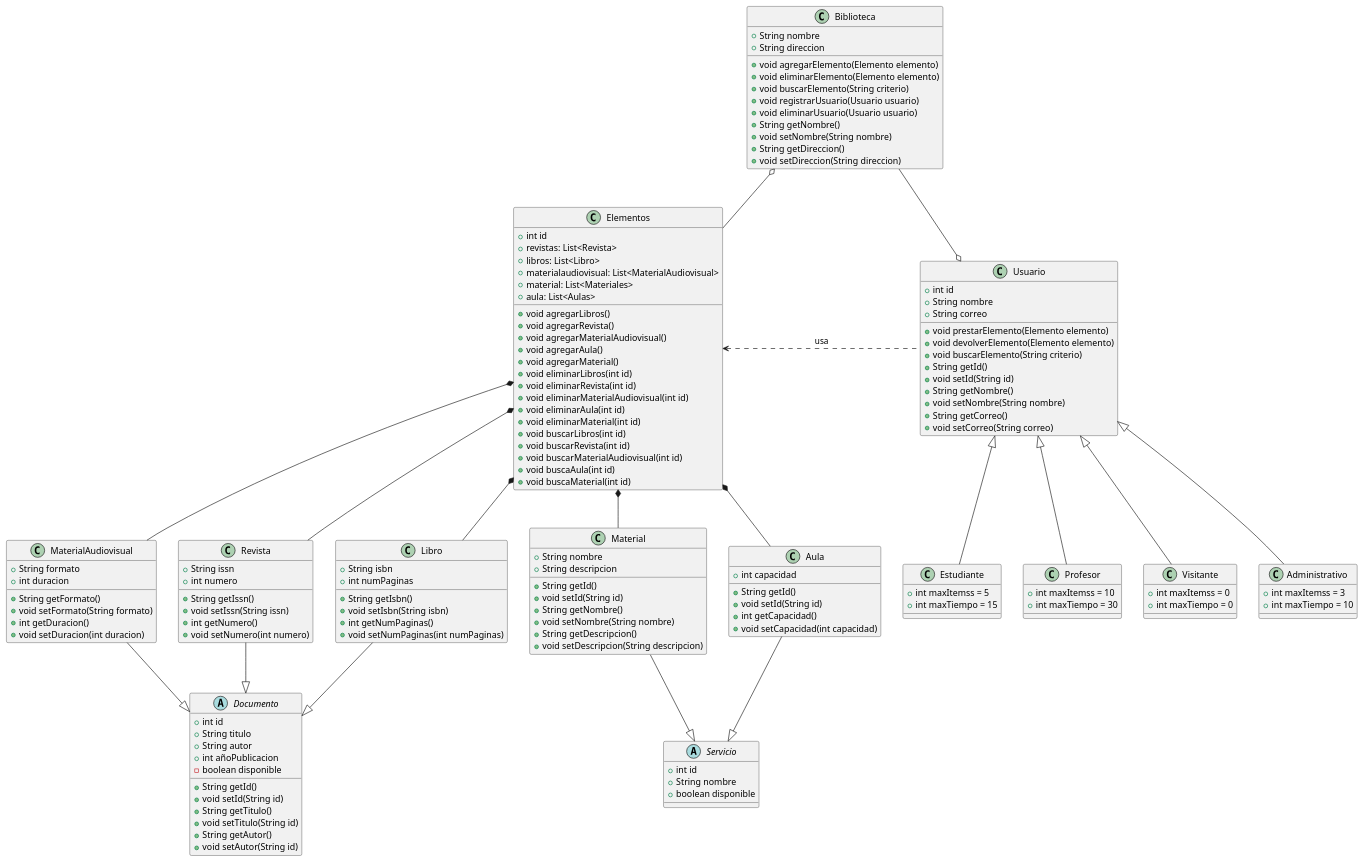
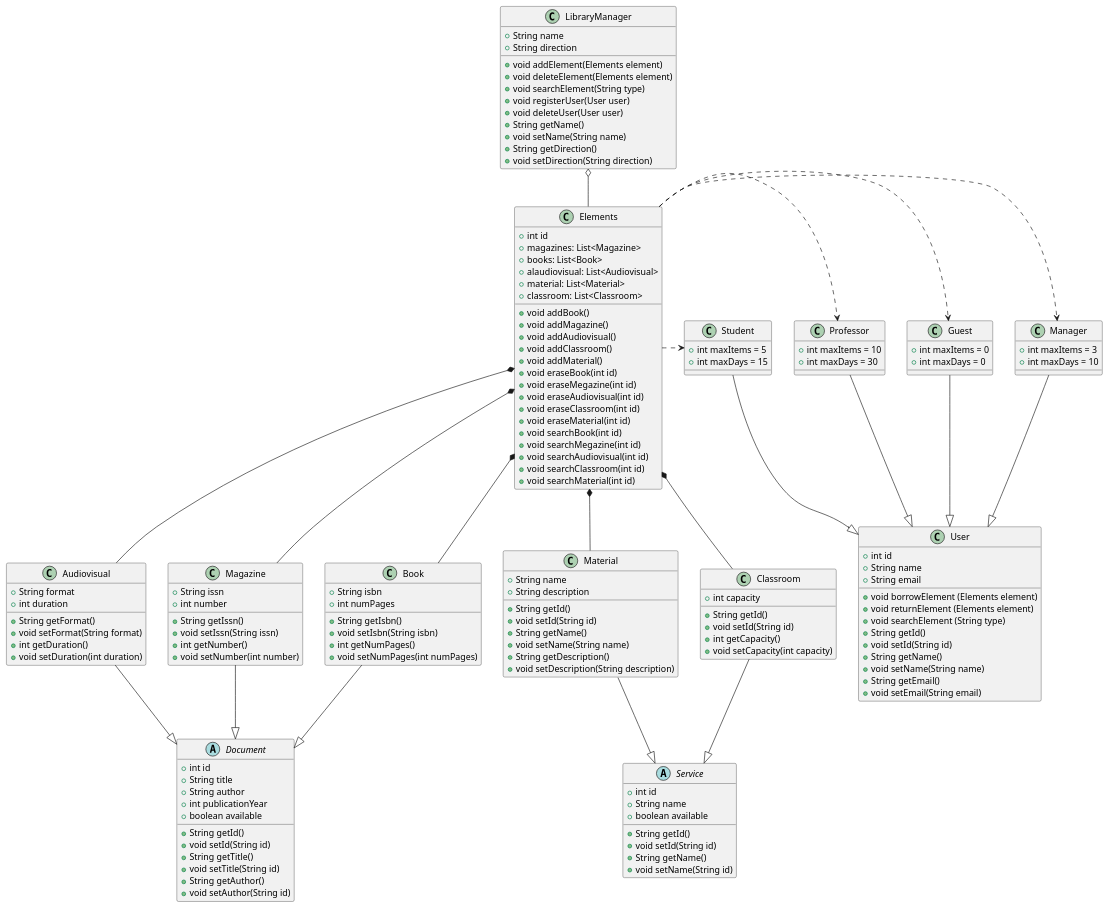
One commit to sara-patino/24-25-IdSw2-SDD changed the diagram in modelosUML/DiagramaDeClases.puml. Above: the diagram before and after it, drawn with PlantUML.

```diff
--- a/modelosUML/DiagramaDeClases.puml
+++ b/modelosUML/DiagramaDeClases.puml
@@ -1,161 +1,167 @@
 @startuml
 
-Biblioteca o-- Elementos
-Biblioteca --o Usuario
-Elementos <.right. Usuario : usa
-Elementos *-- Libro
-Elementos *-- Revista
-Elementos *-- Material
-Elementos *-- Aula
-Elementos *-- MaterialAudiovisual
-Servicio <|-up- Aula
-Servicio <|-up- Material
-Documento <|-up- Libro
-Documento <|-up- Revista
-Documento <|-up- MaterialAudiovisual
-Usuario <|-- Estudiante
-Usuario <|-- Profesor
-Usuario <|-- Visitante
-Usuario <|-- Administrativo
+LibraryManager o-- Elements
+Elements *-- Book
+Elements *-- Magazine
+Elements *-- Material
+Elements *-- Classroom
+Elements *-- Audiovisual
+Service <|-up- Classroom
+Service <|-up- Material
+Document <|-up- Book
+Document <|-up- Magazine
+Document <|-up- Audiovisual
+User <|-up- Student
+User <|-up- Professor
+User <|-up- Guest
+User <|-up- Manager
+Manager <.left. Elements
+Student <.left. Elements
+Professor <.left. Elements
+Guest <.left. Elements
 
 class Material {
-    +String nombre
-    +String descripcion
+    +String name
+    +String description
     +String getId()
     +void setId(String id)
-    +String getNombre()
-    +void setNombre(String nombre)
-    +String getDescripcion()
-    +void setDescripcion(String descripcion)
+    +String getName()
+    +void setName(String name)
+    +String getDescription()
+    +void setDescription(String description)
 }
 
-class Elementos {
+class Elements {
     +int id
-    +revistas: List<Revista> 
-    +libros: List<Libro> 
-    +materialaudiovisual: List<MaterialAudiovisual>
-    +material: List<Materiales>
-    +aula: List<Aulas>
-    +void agregarLibros()
-    +void agregarRevista()
-    +void agregarMaterialAudiovisual()
-    +void agregarAula()
-    +void agregarMaterial()
-    +void eliminarLibros(int id)
-    +void eliminarRevista(int id)
-    +void eliminarMaterialAudiovisual(int id)
-    +void eliminarAula(int id)
-    +void eliminarMaterial(int id)
-    +void buscarLibros(int id)
-    +void buscarRevista(int id)
-    +void buscarMaterialAudiovisual(int id)
-    +void buscaAula(int id)
-    +void buscaMaterial(int id)
+    +magazines: List<Magazine> 
+    +books: List<Book> 
+    +alaudiovisual: List<Audiovisual>
+    +material: List<Material>
+    +classroom: List<Classroom>
+    +void addBook()
+    +void addMagazine()
+    +void addAudiovisual()
+    +void addClassroom()
+    +void addMaterial()
+    +void eraseBook(int id)
+    +void eraseMegazine(int id)
+    +void eraseAudiovisual(int id)
+    +void eraseClassroom(int id)
+    +void eraseMaterial(int id)
+    +void searchBook(int id)
+    +void searchMegazine(int id)
+    +void searchAudiovisual(int id)
+    +void searchClassroom(int id)
+    +void searchMaterial(int id)
 }
 
-abstract class Documento {
+abstract class Document {
     +int id
-    +String titulo
-    +String autor
-    +int añoPublicacion
-    -boolean disponible
+    +String title
+    +String author
+    +int publicationYear
+    +boolean available
     +String getId()
     +void setId(String id)
-    +String getTitulo()
-    +void setTitulo(String id)
-    +String getAutor()
-    +void setAutor(String id)
+    +String getTitle()
+    +void setTitle(String id)
+    +String getAuthor()
+    +void setAuthor(String id)
     
 }
 
-class Usuario {
+class User {
     +int id
-    +String nombre
-    +String correo
-    +void prestarElemento(Elemento elemento)
-    +void devolverElemento(Elemento elemento)
-    +void buscarElemento(String criterio)
+    +String name
+    +String email
+    +void borrowElement (Elements element)
+    +void returnElement (Elements element)
+    +void searchElement (String type)
     +String getId()
     +void setId(String id)
-    +String getNombre()
-    +void setNombre(String nombre)
-    +String getCorreo()
-    +void setCorreo(String correo)
+    +String getName()
+    +void setName(String name)
+    +String getEmail()
+    +void setEmail(String email)
 }
 
-class Estudiante{
-  +int maxItemss = 5
-  +int maxTiempo = 15
+class Book {
+    +String isbn
+    +int numPages
+    +String getIsbn()
+    +void setIsbn(String isbn)
+    +int getNumPages()
+    +void setNumPages(int numPages)
 }
 
-class Profesor{
-  +int maxItemss = 10
-  +int maxTiempo = 30
+class Classroom {
+    +int capacity
+    +String getId()
+    +void setId(String id)
+    +int getCapacity()
+    +void setCapacity(int capacity)
 }
 
-class Administrativo{
-  +int maxItemss = 3
-  +int maxTiempo = 10
+abstract class Service {
+    +int id
+    +String name
+    +boolean available
+    +String getId()
+    +void setId(String id)
+    +String getName()
+    +void setName(String id)
 }
 
-class Visitante{
-  +int maxItemss = 0
-  +int maxTiempo = 0
+class Magazine {
+    +String issn
+    +int number
+    +String getIssn()
+    +void setIssn(String issn)
+    +int getNumber()
+    +void setNumber(int number)
 }
 
-class Libro {
-    +String isbn
-    +int numPaginas
-    +String getIsbn()
-    +void setIsbn(String isbn)
-    +int getNumPaginas()
-    +void setNumPaginas(int numPaginas)
+class Audiovisual {
+    +String format
+    +int duration
+    +String getFormat()
+    +void setFormat(String format)
+    +int getDuration()
+    +void setDuration(int duration)
 }
 
-class Aula {
-    +int capacidad
-    +String getId()
-    +void setId(String id)
-    +int getCapacidad()
-    +void setCapacidad(int capacidad)
+class LibraryManager {
+    +String name
+    +String direction
+    +void addElement(Elements element)
+    +void deleteElement(Elements element)
+    +void searchElement(String type)
+    +void registerUser(User user)
+    +void deleteUser(User user)
+    +String getName()
+    +void setName(String name)
+    +String getDirection()
+    +void setDirection(String direction)
 }
 
-abstract class Servicio {
-    +int id
-    +String nombre
-    +boolean disponible
+class Student{
+    +int maxItems = 5
+    +int maxDays = 15
 }
 
-class Revista {
-    +String issn
-    +int numero
-    +String getIssn()
-    +void setIssn(String issn)
-    +int getNumero()
-    +void setNumero(int numero)
+class Professor{
+    +int maxItems = 10
+    +int maxDays = 30
 }
 
-class MaterialAudiovisual {
-    +String formato
-    +int duracion
-    +String getFormato()
-    +void setFormato(String formato)
-    +int getDuracion()
-    +void setDuracion(int duracion)
+class Manager{
+    +int maxItems = 3
+    +int maxDays = 10
 }
 
-class Biblioteca {
-    +String nombre
-    +String direccion
-    +void agregarElemento(Elemento elemento)
-    +void eliminarElemento(Elemento elemento)
-    +void buscarElemento(String criterio)
-    +void registrarUsuario(Usuario usuario)
-    +void eliminarUsuario(Usuario usuario)
-    +String getNombre()
-    +void setNombre(String nombre)
-    +String getDireccion()
-    +void setDireccion(String direccion)
+class Guest{
+    +int maxItems = 0
+    +int maxDays = 0
 }
 
 @enduml
```
